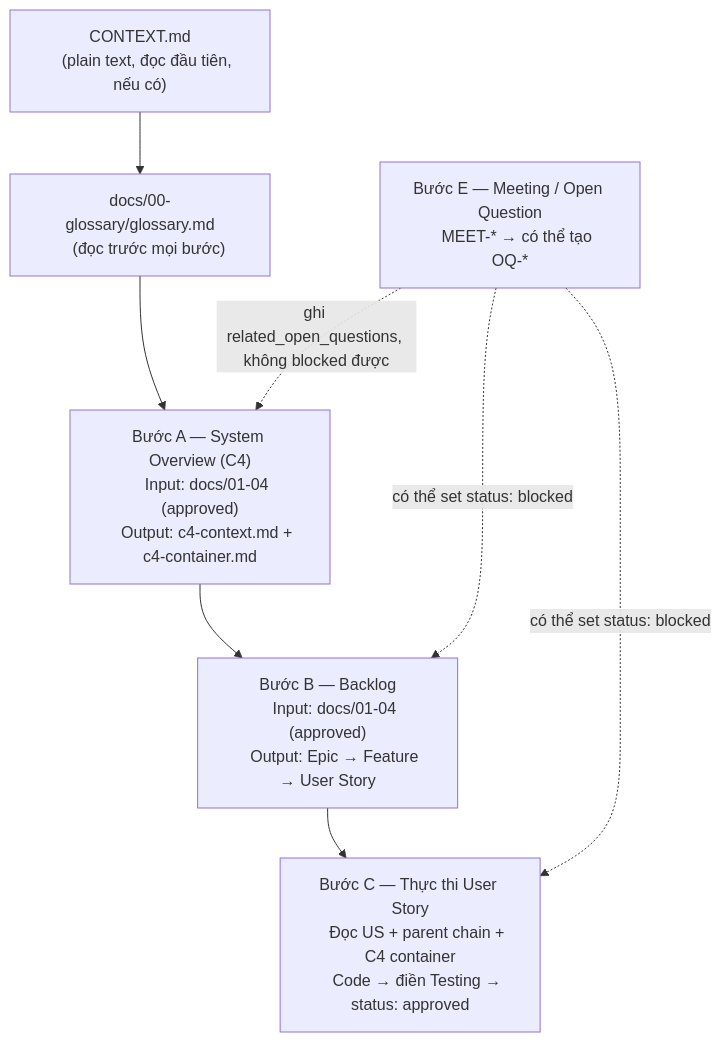
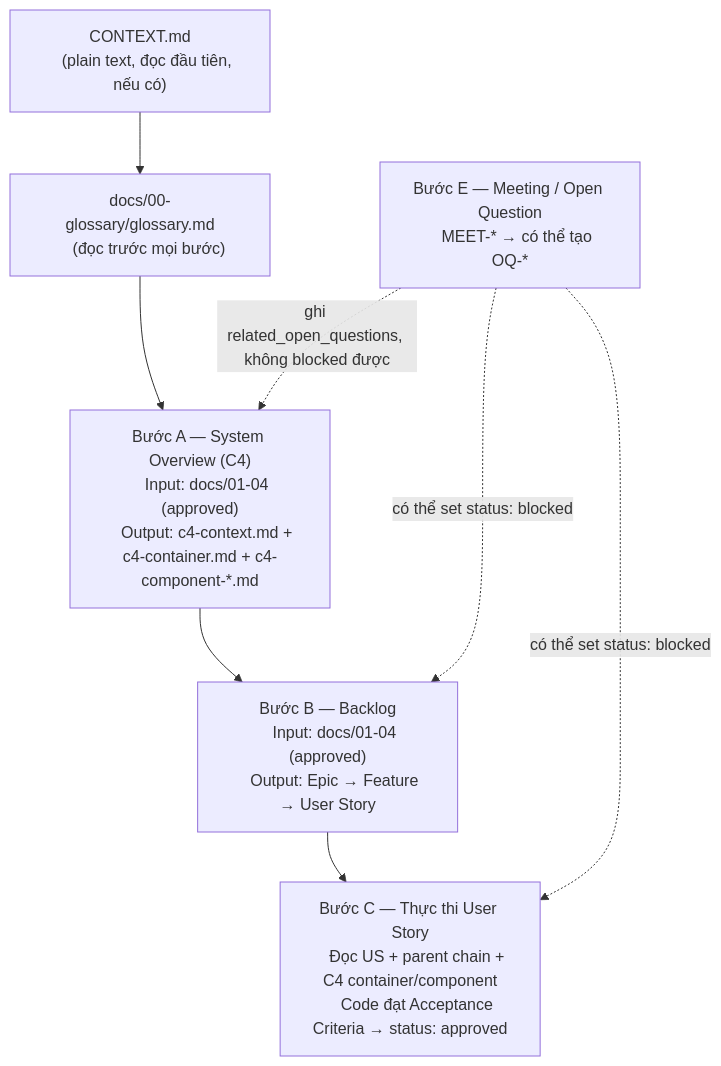
The first of 2 diagrams in AGENTS.md (elsieej/spec-kit-template), drawn with Mermaid before and after one commit. The commit also changed other lines of this file and 12 other files, not shown here.

First line of the commit message:
docs(spec-kit): drop multi-repo scope, unify BR/UR/FR links, add Component diagrams by default

````diff
--- a/AGENTS.md
+++ b/AGENTS.md
@@ -20,25 +18,25 @@
 ```mermaid
 flowchart TD
     CTX["CONTEXT.md
     (plain text, đọc đầu tiên, nếu có)"]
     G["docs/00-glossary/glossary.md
     (đọc trước mọi bước)"]
 
     A["Bước A — System Overview (C4)
     Input: docs/01-04 (approved)
-    Output: c4-context.md + c4-container.md"]
+    Output: c4-context.md + c4-container.md + c4-component-*.md"]
     B["Bước B — Backlog
     Input: docs/01-04 (approved)
     Output: Epic → Feature → User Story"]
     C["Bước C — Thực thi User Story
-    Đọc US + parent chain + C4 container
-    Code → điền Testing → status: approved"]
+    Đọc US + parent chain + C4 container/component
+    Code đạt Acceptance Criteria → status: approved"]
     E["Bước E — Meeting / Open Question
     MEET-* → có thể tạo OQ-*"]
 
     CTX --> G --> A
     A --> B --> C
     E -. ghi related_open_questions, không blocked được .-> A
     E -. có thể set status: blocked .-> B
     E -. có thể set status: blocked .-> C
 ```
````
